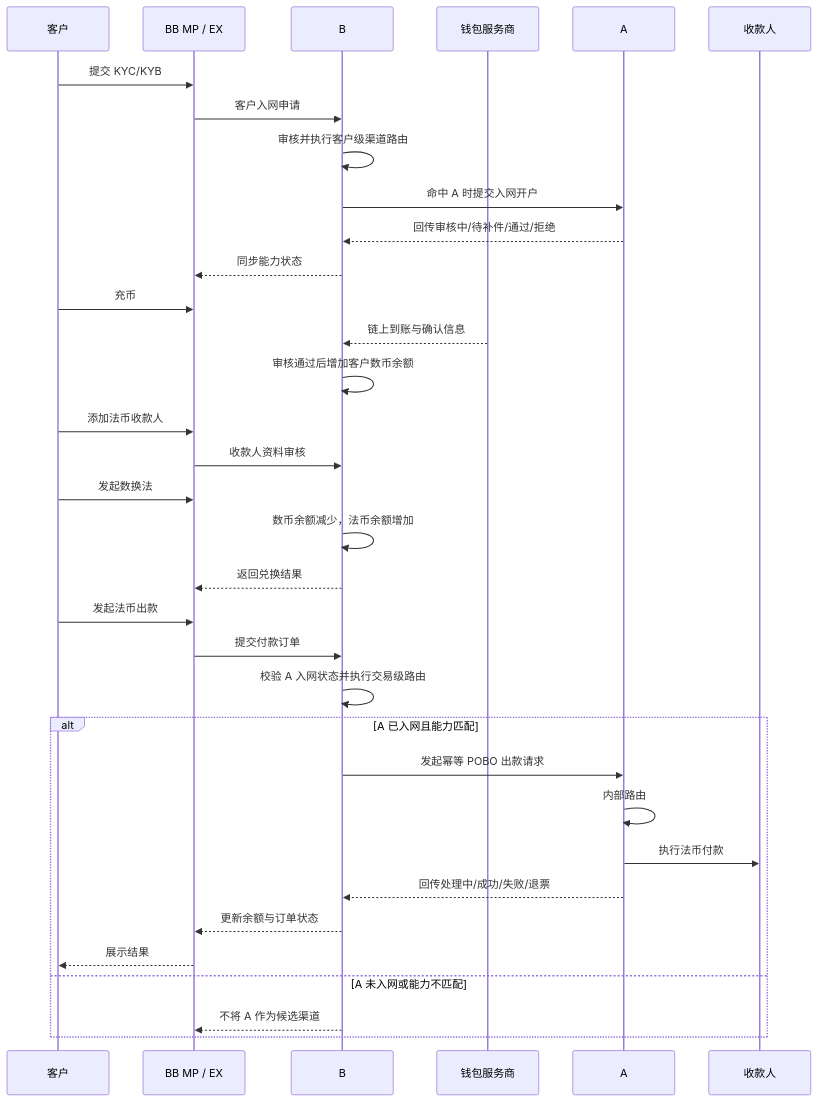
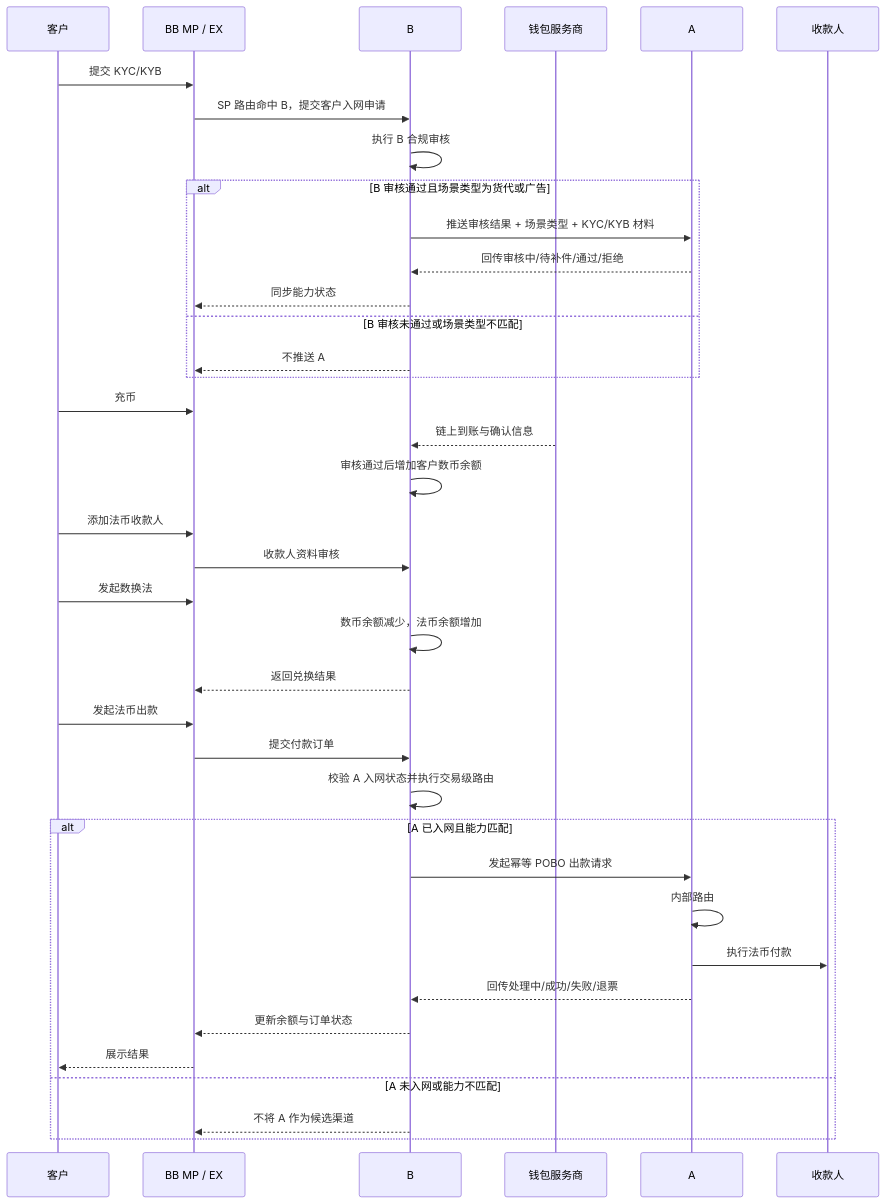
Before and after one commit to xiaoxiaoangie/EX-NEW: the second of 3 diagrams in ABSolutions/B-A/AB互通-OffRamp方案.md, drawn with Mermaid. The commit also changed other lines of this file and 20 other files, not shown here.

````diff
--- a/ABSolutions/B-A/AB互通-OffRamp方案.md
+++ b/ABSolutions/B-A/AB互通-OffRamp方案.md
@@ -182,40 +186,44 @@
 ```mermaid
 sequenceDiagram
     participant C as 客户
     participant MP as BB MP / EX
     participant B as B
     participant W as 钱包服务商
     participant A as A
     participant P as 收款人
 
     C->>MP: 提交 KYC/KYB
-    MP->>B: 客户入网申请
-    B->>B: 审核并执行客户级渠道路由
-    B->>A: 命中 A 时提交入网开户
-    A-->>B: 回传审核中/待补件/通过/拒绝
-    B-->>MP: 同步能力状态
+    MP->>B: SP 路由命中 B，提交客户入网申请
+    B->>B: 执行 B 合规审核
+    alt B 审核通过且场景类型为货代或广告
+        B->>A: 推送审核结果 + 场景类型 + KYC/KYB 材料
+        A-->>B: 回传审核中/待补件/通过/拒绝
+        B-->>MP: 同步能力状态
+    else B 审核未通过或场景类型不匹配
+        B-->>MP: 不推送 A
+    end
 
     C->>MP: 充币
     W-->>B: 链上到账与确认信息
     B->>B: 审核通过后增加客户数币余额
     C->>MP: 添加法币收款人
     MP->>B: 收款人资料审核
 
     C->>MP: 发起数换法
     B->>B: 数币余额减少，法币余额增加
     B-->>MP: 返回兑换结果
 
     C->>MP: 发起法币出款
     MP->>B: 提交付款订单
     B->>B: 校验 A 入网状态并执行交易级路由
     alt A 已入网且能力匹配
         B->>A: 发起幂等 POBO 出款请求
         A->>A: 内部路由
         A->>P: 执行法币付款
         A-->>B: 回传处理中/成功/失败/退票
         B-->>MP: 更新余额与订单状态
         MP-->>C: 展示结果
     else A 未入网或能力不匹配
         B-->>MP: 不将 A 作为候选渠道
     end
 ```
````
